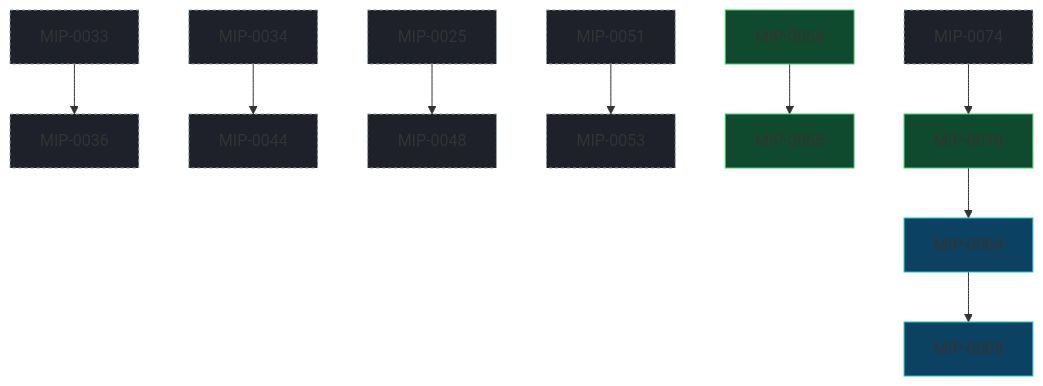
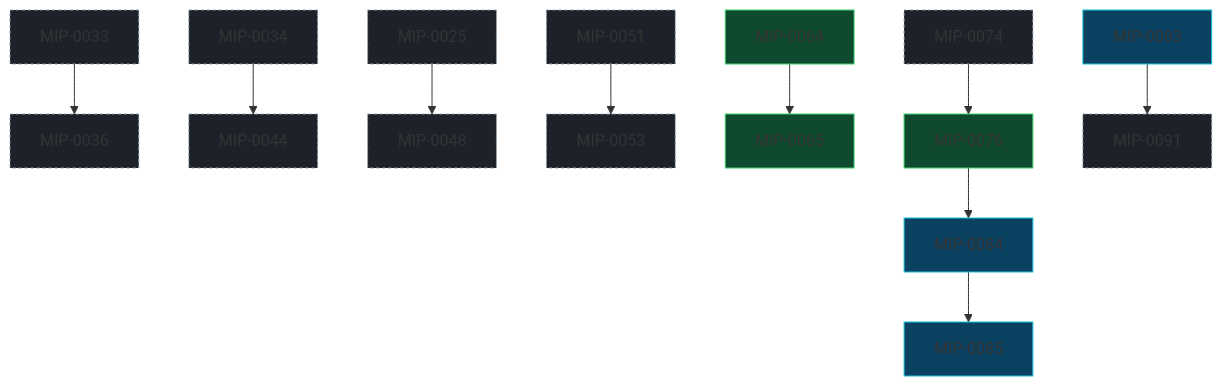
One commit to marola-dev/marola changed the diagram in docs/MIPs/README.md. Above: the diagram before and after it, drawn with Mermaid. The commit also changed other lines of this file and 1 other file, not shown here.

Commit message:
docs(mips): MIP-0091, the Marola forecaster's architecture: the evaluation first, no new repo, REA on OWB
A Draft MIP answering three questions before the Marola forecaster is
built. The evaluation (marola-eval, MIP-0083's experiment module, already
in marola-app's main) goes first, because the forecaster's reward is its
output; the forecaster is a second sbt module in marola-app that depends on
experiment and never the reverse. Zero new repositories: computed wave runs
stay in ww3-gpu behind a lake-drop contract, pages in marola-site, science
in marola-research, with two named triggers for a future repo. Twenty
design requirements come from reading, evaluating and adopting Operational
WeatherBench on Brazilian instruments, and five stages put the work in
order. Adds the index row and regenerates the MIP graph block.

Tested: mip_graph.py --check current after regenerating the graph block; the devkit's docs_lint.py clean, run directly (no nix shell in this session); ci-only otherwise

````diff
--- a/docs/MIPs/README.md
+++ b/docs/MIPs/README.md
@@ -98,29 +99,32 @@
 ```mermaid
 flowchart TD
   classDef draft fill:#1e2129,stroke:#8fa3b0,stroke-dasharray:3 3;
   classDef accepted fill:#0b4261,stroke:#1ac5da;
   classDef implemented fill:#0f4a2e,stroke:#3ecf6e;
   classDef rejected fill:#2a2d35,stroke:#666,color:#999;
   M0025["MIP-0025"]:::draft
   M0033["MIP-0033"]:::draft
   M0034["MIP-0034"]:::draft
   M0036["MIP-0036"]:::draft
   M0044["MIP-0044"]:::draft
   M0048["MIP-0048"]:::draft
   M0051["MIP-0051"]:::draft
   M0053["MIP-0053"]:::draft
   M0064["MIP-0064"]:::implemented
   M0065["MIP-0065"]:::implemented
   M0074["MIP-0074"]:::draft
   M0076["MIP-0076"]:::implemented
+  M0083["MIP-0083"]:::accepted
   M0084["MIP-0084"]:::accepted
   M0085["MIP-0085"]:::accepted
+  M0091["MIP-0091"]:::draft
   M0025 --> M0048
   M0033 --> M0036
   M0034 --> M0044
   M0051 --> M0053
   M0064 --> M0065
   M0074 --> M0076
   M0076 --> M0084
+  M0083 --> M0091
   M0084 --> M0085
 ```
````
